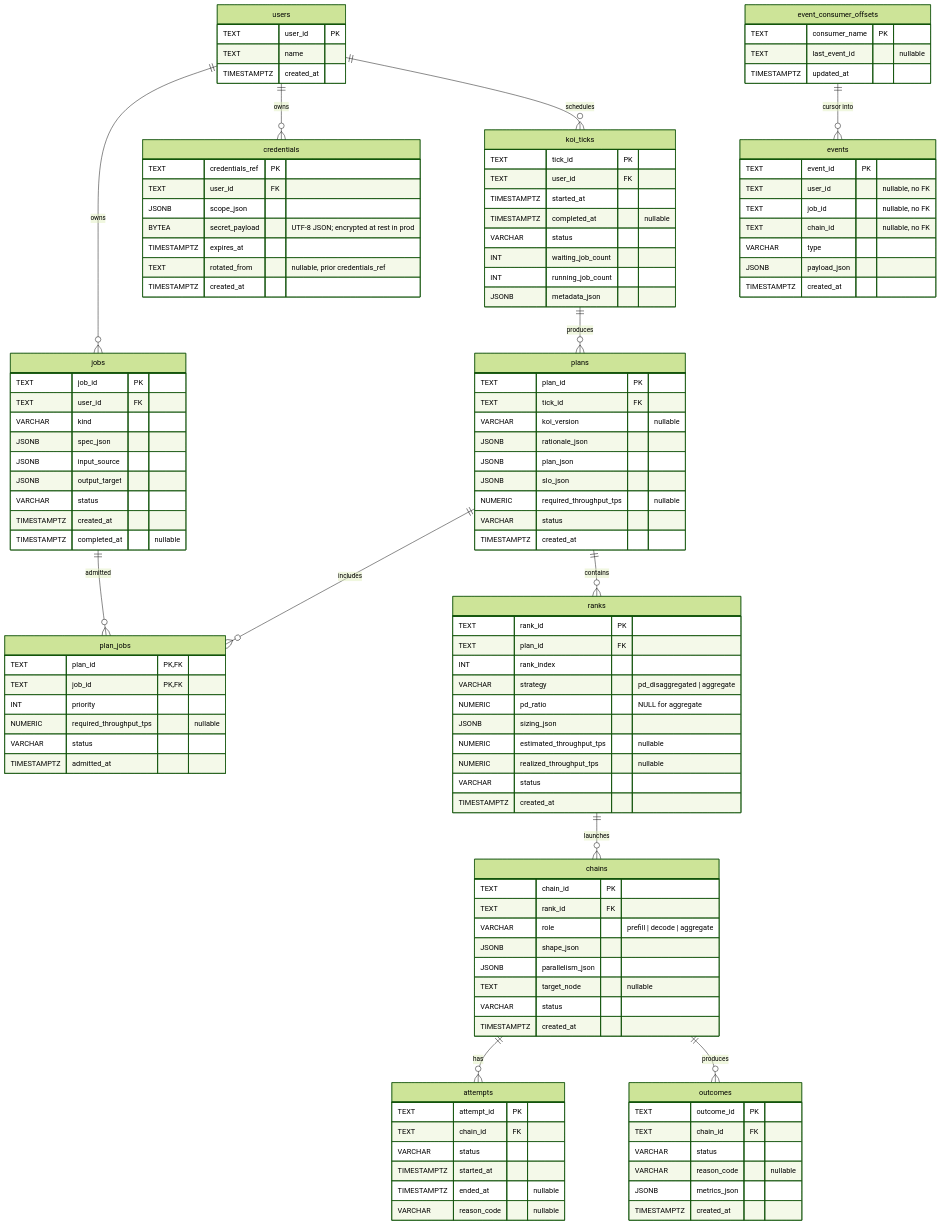
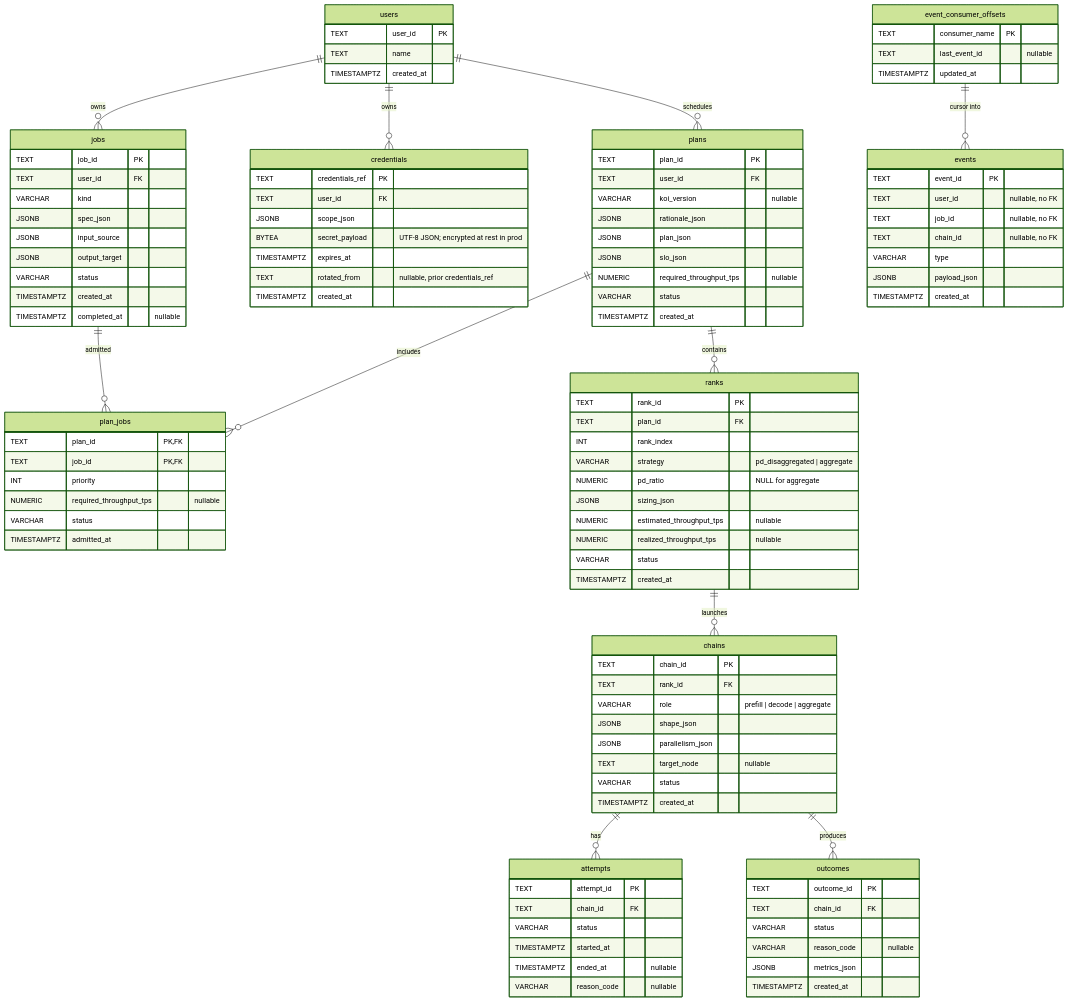
The diagram in DATABASE.md (Tandemn-Labs/tandemn-store), drawn with Mermaid (forest theme) before and after one commit. The commit also changed other lines of this file and 13 other files, not shown here.

First line of the commit message:
schema: Koi ticks are events, not a table

```diff
--- a/DATABASE.md
+++ b/DATABASE.md
@@ -17,9 +17,8 @@
 erDiagram
     users ||--o{ jobs            : "owns"
     users ||--o{ credentials     : "owns"
-    users ||--o{ koi_ticks       : "schedules"
+    users ||--o{ plans           : "schedules"
 
-    koi_ticks ||--o{ plans       : "produces"
     plans ||--o{ plan_jobs       : "includes"
     jobs ||--o{ plan_jobs        : "admitted"
 
@@ -49,20 +48,9 @@
       TIMESTAMPTZ completed_at "nullable"
     }
 
-    koi_ticks {
-      TEXT tick_id PK
-      TEXT user_id FK
-      TIMESTAMPTZ started_at
-      TIMESTAMPTZ completed_at "nullable"
-      VARCHAR status
-      INT waiting_job_count
-      INT running_job_count
-      JSONB metadata_json
-    }
-
     plans {
       TEXT plan_id PK
-      TEXT tick_id FK
+      TEXT user_id FK
       VARCHAR koi_version "nullable"
       JSONB rationale_json
       JSONB plan_json
```
